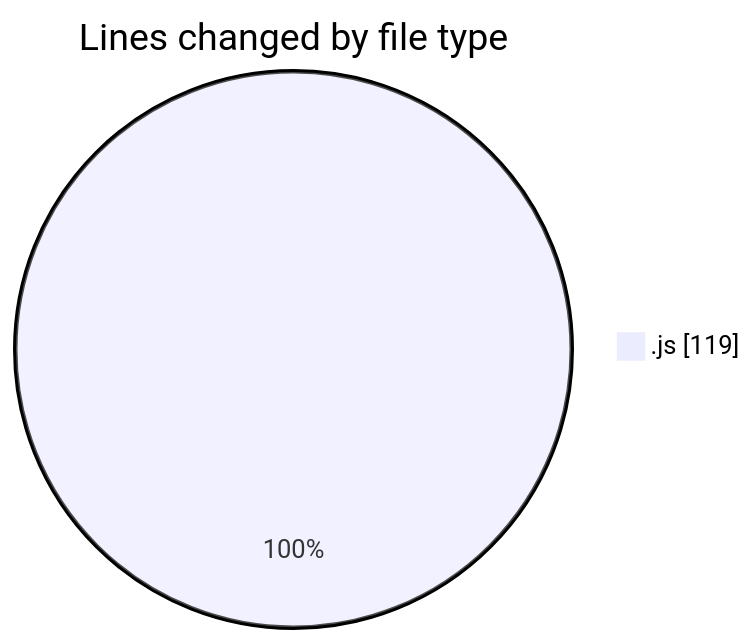
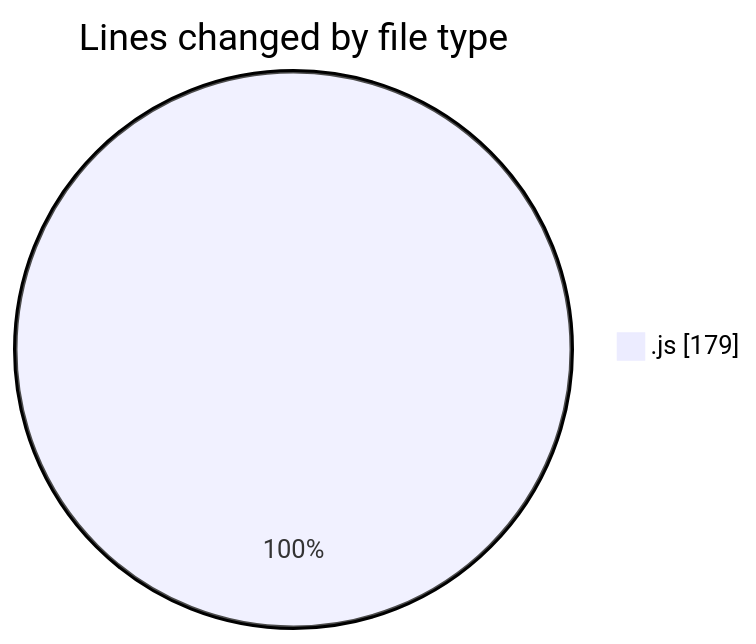
The first of 2 diagrams in 2025-07-27/javascript/README.md (Ritupan-Deka/code-tracking), drawn with Mermaid before and after one commit. The commit also changed other lines of this file and 1 other file, not shown here.

````diff
--- a/2025-07-27/javascript/README.md
+++ b/2025-07-27/javascript/README.md
@@ -20,5 +20,5 @@
 ```mermaid
 pie showData
 title Lines changed by file type
-".js" : 119
+".js" : 179
 ```
````
